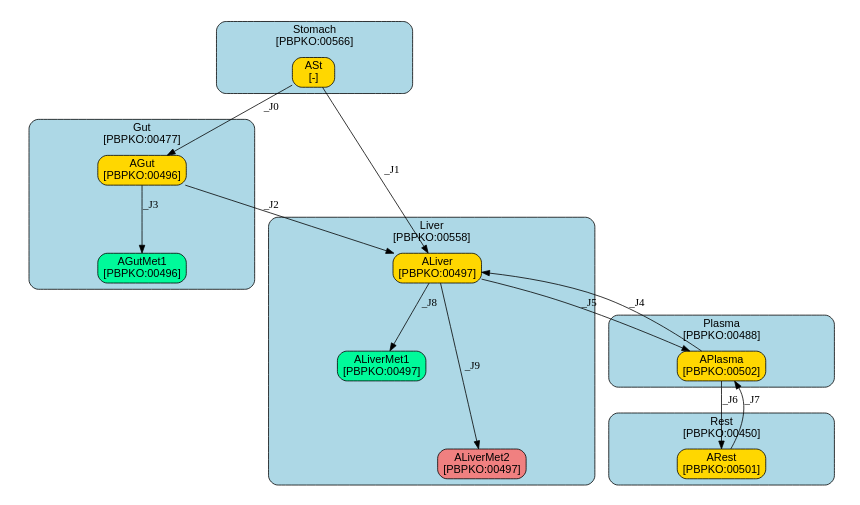
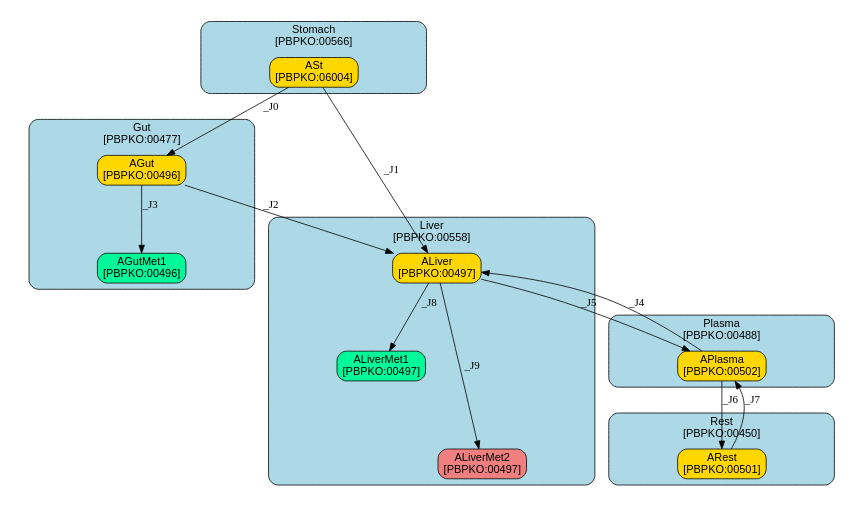
Before and after one commit to fair-pbk/exposure-route-pbk-models: the diagram in models/oral/Bisphenols/Sharma/summary.dot, drawn with Graphviz. The commit also changed 32 other files, not shown here.

```diff
--- a/models/oral/Bisphenols/Sharma/summary.dot
+++ b/models/oral/Bisphenols/Sharma/summary.dot
@@ -1,130 +1,130 @@
 digraph {
 	graph [ratio=fill,
 		size="7,4"
 	];
 	node [fontname=Arial];
 	subgraph cluster_Stomach {
 		graph [color=black,
 			fillcolor=lightblue,
 			fontname=Arial,
 			href="#compartment-Stomach",
 			label="Stomach
 [PBPKO:00566]",
 			shape=box,
 			style="filled,rounded"
 		];
 		ASt	[color=black,
 			fillcolor=gold,
 			href="#species-ASt",
 			label="ASt
-[-]",
+[PBPKO:06004]",
 			shape=box,
 			style="filled,rounded"];
 	}
 	subgraph cluster_Liver {
 		graph [color=black,
 			fillcolor=lightblue,
 			fontname=Arial,
 			href="#compartment-Liver",
 			label="Liver
 [PBPKO:00558]",
 			shape=box,
 			style="filled,rounded"
 		];
 		ALiver	[color=black,
 			fillcolor=gold,
 			href="#species-ALiver",
 			label="ALiver
 [PBPKO:00497]",
 			shape=box,
 			style="filled,rounded"];
 		ALiverMet1	[color=black,
 			fillcolor=mediumspringgreen,
 			href="#species-ALiverMet1",
 			label="ALiverMet1
 [PBPKO:00497]",
 			shape=box,
 			style="filled,rounded"];
 		ALiverMet2	[color=black,
 			fillcolor=lightcoral,
 			href="#species-ALiverMet2",
 			label="ALiverMet2
 [PBPKO:00497]",
 			shape=box,
 			style="filled,rounded"];
 	}
 	subgraph cluster_Plasma {
 		graph [color=black,
 			fillcolor=lightblue,
 			fontname=Arial,
 			href="#compartment-Plasma",
 			label="Plasma
 [PBPKO:00488]",
 			shape=box,
 			style="filled,rounded"
 		];
 		APlasma	[color=black,
 			fillcolor=gold,
 			href="#species-APlasma",
 			label="APlasma
 [PBPKO:00502]",
 			shape=box,
 			style="filled,rounded"];
 	}
 	subgraph cluster_Gut {
 		graph [color=black,
 			fillcolor=lightblue,
 			fontname=Arial,
 			href="#compartment-Gut",
 			label="Gut
 [PBPKO:00477]",
 			shape=box,
 			style="filled,rounded"
 		];
 		AGut	[color=black,
 			fillcolor=gold,
 			href="#species-AGut",
 			label="AGut
 [PBPKO:00496]",
 			shape=box,
 			style="filled,rounded"];
 		AGutMet1	[color=black,
 			fillcolor=mediumspringgreen,
 			href="#species-AGutMet1",
 			label="AGutMet1
 [PBPKO:00496]",
 			shape=box,
 			style="filled,rounded"];
 	}
 	subgraph cluster_Rest {
 		graph [color=black,
 			fillcolor=lightblue,
 			fontname=Arial,
 			href="#compartment-Rest",
 			label="Rest
 [PBPKO:00450]",
 			shape=box,
 			style="filled,rounded"
 		];
 		ARest	[color=black,
 			fillcolor=gold,
 			href="#species-ARest",
 			label="ARest
 [PBPKO:00501]",
 			shape=box,
 			style="filled,rounded"];
 	}
 	ASt -> ALiver	[label=_J1];
 	ASt -> AGut	[label=_J0];
 	ALiver -> ALiverMet1	[label=_J8,
 		minlen=1];
 	ALiver -> ALiverMet2	[label=_J9,
 		minlen=2];
 	ALiver -> APlasma	[label=_J5];
 	APlasma -> ALiver	[label=_J4];
 	APlasma -> ARest	[label=_J6];
 	AGut -> ALiver	[label=_J2];
 	AGut -> AGutMet1	[label=_J3,
 		minlen=1];
 	ARest -> APlasma	[label=_J7];
 }
```
